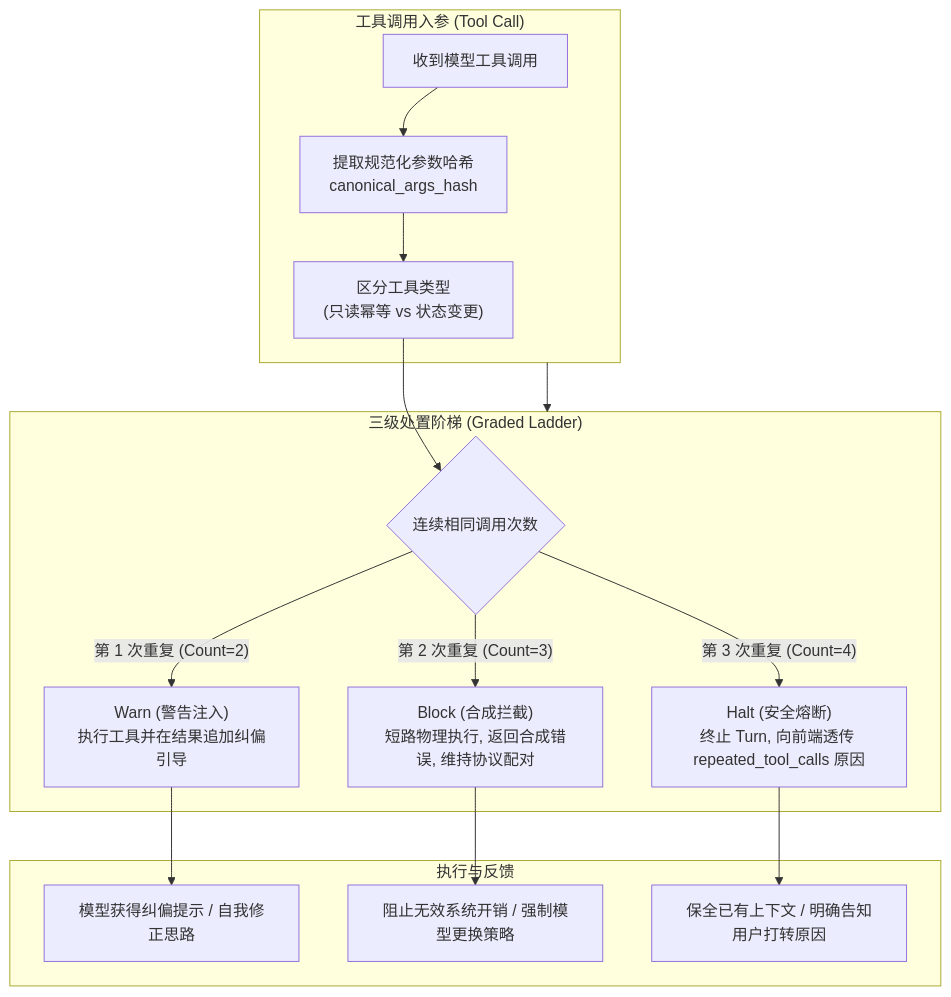
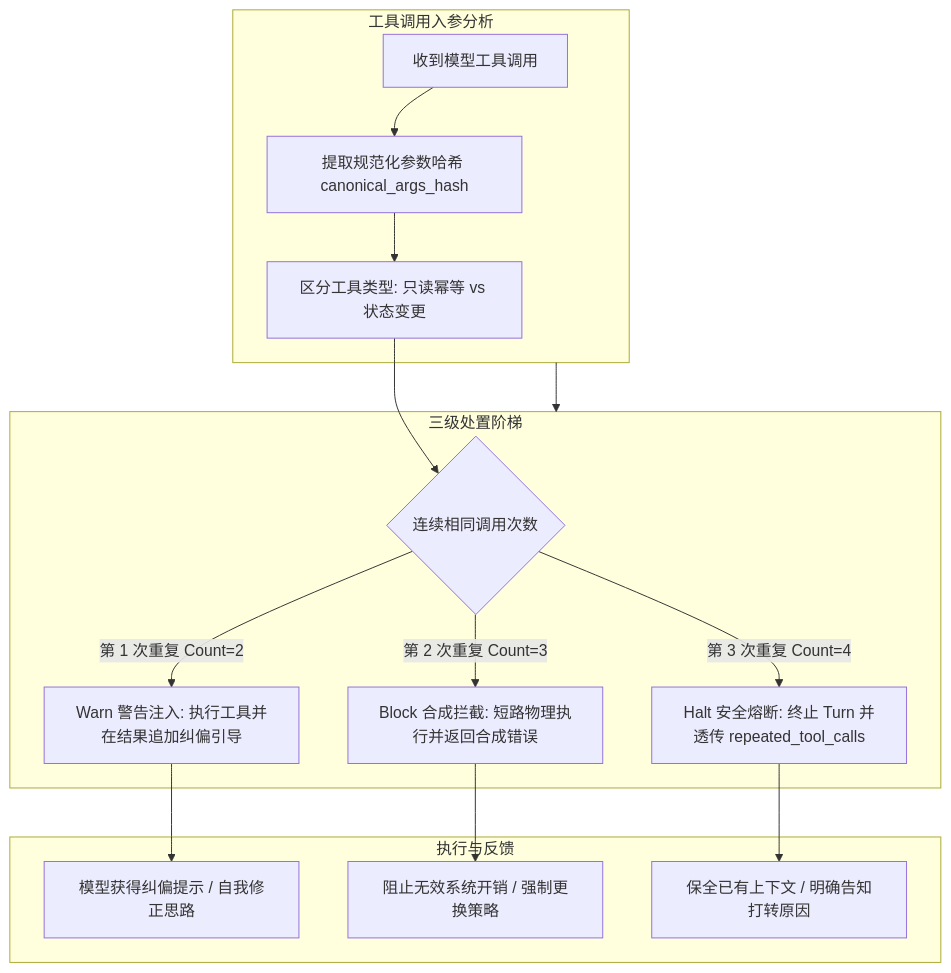
One commit to ferstar/blog changed the diagram in content/posts/agent-graded-loop-guard-warn-block-halt.md. Above: the diagram before and after it, drawn with Mermaid. The commit also changed 7 other files, not shown here.

Commit message:
fix(blog): sanitize mermaid syntax across all new agent posts

```diff
--- a/content/posts/agent-graded-loop-guard-warn-block-halt.md
+++ b/content/posts/agent-graded-loop-guard-warn-block-halt.md
@@ -20,22 +20,22 @@
 {{< mermaid >}}
 flowchart TD
-  subgraph Ingestion["工具调用入参 (Tool Call)"]
-    A[收到模型工具调用] --> B["提取规范化参数哈希<br/>canonical_args_hash"]
-    B --> C["区分工具类型<br/>(只读幂等 vs 状态变更)"]
+  subgraph Ingestion[工具调用入参分析]
+    A[收到模型工具调用] --> B[提取规范化参数哈希 canonical_args_hash]
+    B --> C[区分工具类型: 只读幂等 vs 状态变更]
   end
 
-  subgraph Ladder["三级处置阶梯 (Graded Ladder)"]
+  subgraph Ladder[三级处置阶梯]
     C --> D{连续相同调用次数}
-    D -- "第 1 次重复 (Count=2)" --> E["Warn (警告注入)<br/>执行工具并在结果追加纠偏引导"]
-    D -- "第 2 次重复 (Count=3)" --> F["Block (合成拦截)<br/>短路物理执行, 返回合成错误, 维持协议配对"]
-    D -- "第 3 次重复 (Count=4)" --> G["Halt (安全熔断)<br/>终止 Turn, 向前端透传 repeated_tool_calls 原因"]
+    D -->|第 1 次重复 Count=2| E[Warn 警告注入: 执行工具并在结果追加纠偏引导]
+    D -->|第 2 次重复 Count=3| F[Block 合成拦截: 短路物理执行并返回合成错误]
+    D -->|第 3 次重复 Count=4| G[Halt 安全熔断: 终止 Turn 并透传 repeated_tool_calls]
   end
 
-  subgraph Outcome["执行与反馈"]
+  subgraph Outcome[执行与反馈]
     E --> H[模型获得纠偏提示 / 自我修正思路]
-    F --> I[阻止无效系统开销 / 强制模型更换策略]
-    G --> J[保全已有上下文 / 明确告知用户打转原因]
+    F --> I[阻止无效系统开销 / 强制更换策略]
+    G --> J[保全已有上下文 / 明确告知打转原因]
   end
 
   Ingestion --> Ladder
 {{< /mermaid >}}
```
